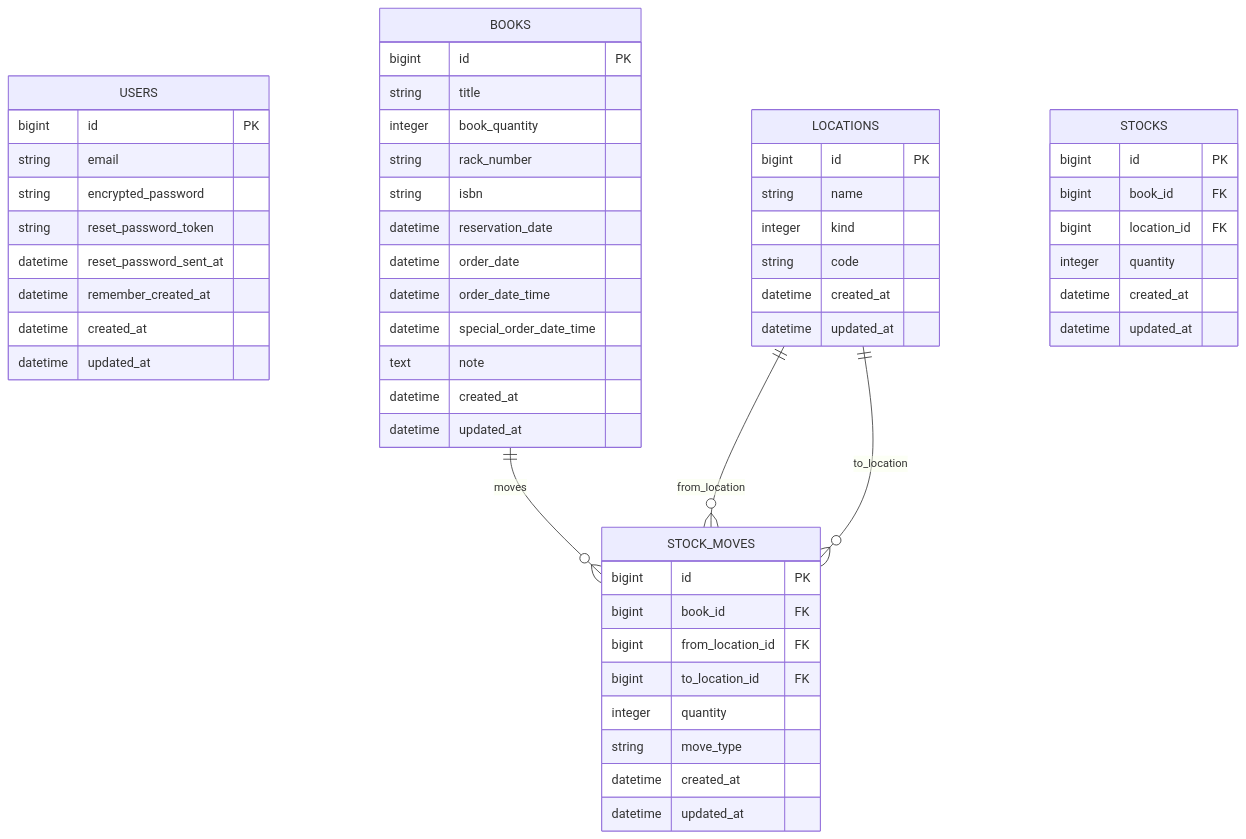
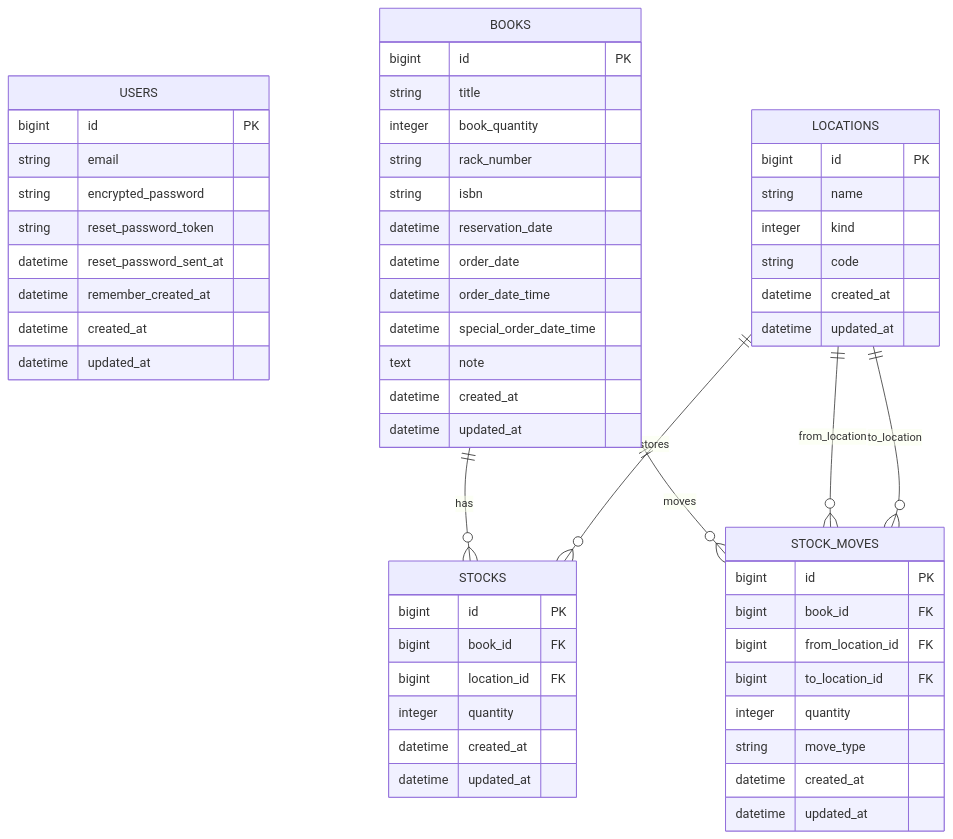
Before and after one commit to makoto860/book_stock_move_app: the diagram in README.md, drawn with Mermaid.

````diff
--- a/README.md
+++ b/README.md
@@ -17,61 +17,64 @@
 ```mermaid
 erDiagram
 USERS {
   bigint id PK
   string email
   string encrypted_password
   string reset_password_token
   datetime reset_password_sent_at
   datetime remember_created_at
   datetime created_at
   datetime updated_at
 }
 
 BOOKS {
     bigint id PK
     string title
     integer book_quantity
     string rack_number
     string isbn
     datetime reservation_date
     datetime order_date
     datetime order_date_time
     datetime special_order_date_time
     text note
     datetime created_at
     datetime updated_at
 }
 
 LOCATIONS {
   bigint id PK
   string name
   integer kind
   string code
   datetime created_at
   datetime updated_at
 }
 
 STOCK_MOVES {
   bigint id PK
   bigint book_id FK
   bigint from_location_id FK
   bigint to_location_id FK
   integer quantity
   string move_type
   datetime created_at
   datetime updated_at
 }
 
 STOCKS {
     bigint id PK
     bigint book_id FK
     bigint location_id FK
     integer quantity
     datetime created_at
     datetime updated_at
 }
 
+BOOKS ||--o{ STOCKS : has
+LOCATIONS ||--o{ STOCKS : stores
+
 BOOKS ||--o{ STOCK_MOVES : moves
 LOCATIONS ||--o{ STOCK_MOVES : from_location
 LOCATIONS ||--o{ STOCK_MOVES : to_location
 ```
````
